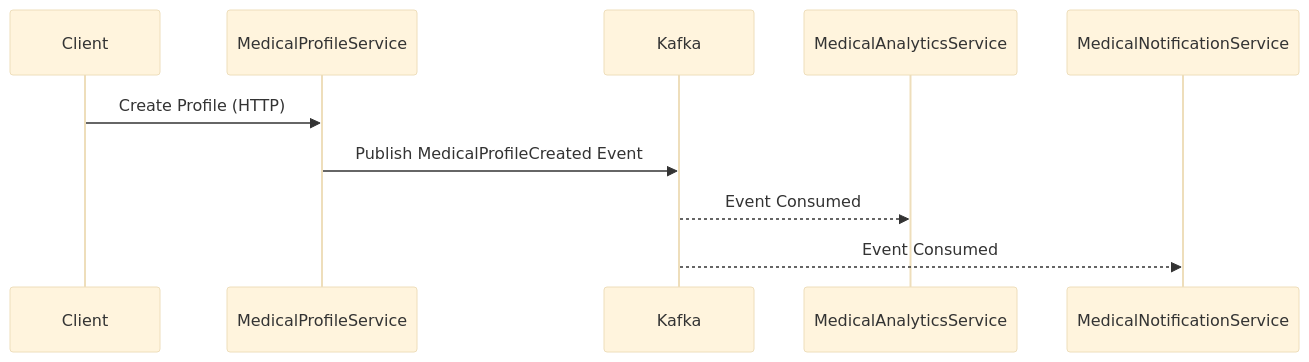
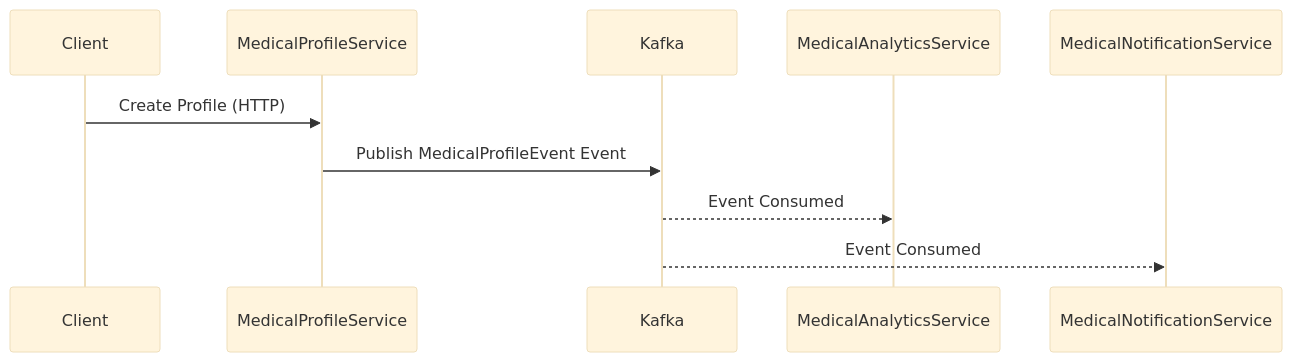
Before and after one commit to PritiAryal/MediCore: the second of 2 diagrams in medical-profile-service/README.md, drawn with Mermaid (base theme). The commit also changed other lines of this file and 1 other file, not shown here.

````diff
--- a/medical-profile-service/README.md
+++ b/medical-profile-service/README.md
@@ -370,13 +371,13 @@
 ```mermaid
 sequenceDiagram
     participant Client
     participant MedicalProfileService
     participant Kafka
     participant MedicalAnalyticsService
     participant MedicalNotificationService
 
     Client->>MedicalProfileService: Create Profile (HTTP)
-    MedicalProfileService->>Kafka: Publish MedicalProfileCreated Event
+    MedicalProfileService->>Kafka: Publish MedicalProfileEvent Event
     Kafka-->>MedicalAnalyticsService: Event Consumed
     Kafka-->>MedicalNotificationService: Event Consumed
 ```
````
